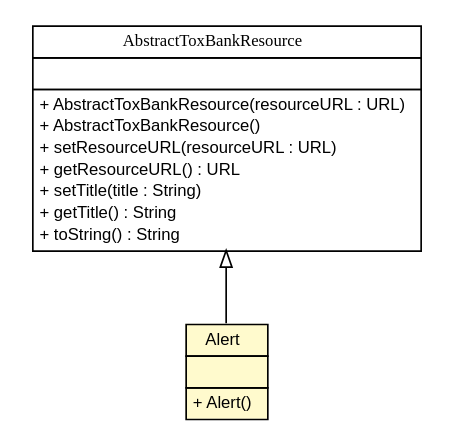
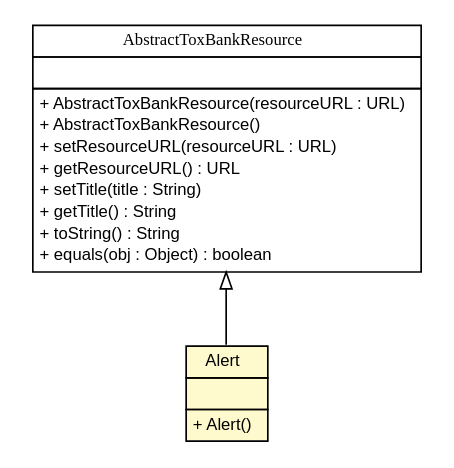
The diagram in apidocs/net/toxbank/client/resource/Alert.dot (ToxBank/toxbank-api-beans), drawn with Graphviz before and after one commit. The commit also changed 216 other files, not shown here.

```diff
--- a/apidocs/net/toxbank/client/resource/Alert.dot
+++ b/apidocs/net/toxbank/client/resource/Alert.dot
@@ -1,42 +1,43 @@
 #!/usr/local/bin/dot
 #
 # Class diagram 
 # Generated by UmlGraph version 4.6 (http://www.spinellis.gr/sw/umlgraph)
 #
 
 digraph G {
 	edge [fontname="arial",fontsize=10,labelfontname="arial",labelfontsize=10];
 	node [fontname="arial",fontsize=10,shape=plaintext];
 	// net.toxbank.client.resource.Alert
-	c934 [label=<<table border="0" cellborder="1" cellspacing="0" cellpadding="2" port="p" bgcolor="lemonChiffon" href="./Alert.html">
+	c1409 [label=<<table border="0" cellborder="1" cellspacing="0" cellpadding="2" port="p" bgcolor="lemonChiffon" href="./Alert.html">
 		<tr><td><table border="0" cellspacing="0" cellpadding="1">
 			<tr><td> Alert </td></tr>
 		</table></td></tr>
 		<tr><td><table border="0" cellspacing="0" cellpadding="1">
 			<tr><td align="left">  </td></tr>
 		</table></td></tr>
 		<tr><td><table border="0" cellspacing="0" cellpadding="1">
 			<tr><td align="left"> + Alert() </td></tr>
 		</table></td></tr>
 		</table>>, fontname="arial", fontcolor="black", fontsize=10.0];
 	// net.toxbank.client.resource.AbstractToxBankResource
-	c936 [label=<<table border="0" cellborder="1" cellspacing="0" cellpadding="2" port="p" href="./AbstractToxBankResource.html">
+	c1411 [label=<<table border="0" cellborder="1" cellspacing="0" cellpadding="2" port="p" href="./AbstractToxBankResource.html">
 		<tr><td><table border="0" cellspacing="0" cellpadding="1">
 			<tr><td><font face="ariali"> AbstractToxBankResource </font></td></tr>
 		</table></td></tr>
 		<tr><td><table border="0" cellspacing="0" cellpadding="1">
 			<tr><td align="left">  </td></tr>
 		</table></td></tr>
 		<tr><td><table border="0" cellspacing="0" cellpadding="1">
 			<tr><td align="left"> + AbstractToxBankResource(resourceURL : URL) </td></tr>
 			<tr><td align="left"> + AbstractToxBankResource() </td></tr>
 			<tr><td align="left"> + setResourceURL(resourceURL : URL) </td></tr>
 			<tr><td align="left"> + getResourceURL() : URL </td></tr>
 			<tr><td align="left"> + setTitle(title : String) </td></tr>
 			<tr><td align="left"> + getTitle() : String </td></tr>
 			<tr><td align="left"> + toString() : String </td></tr>
+			<tr><td align="left"> + equals(obj : Object) : boolean </td></tr>
 		</table></td></tr>
 		</table>>, fontname="arial", fontcolor="black", fontsize=10.0];
 	//net.toxbank.client.resource.Alert extends net.toxbank.client.resource.AbstractToxBankResource
-	c936:p -> c934:p [dir=back,arrowtail=empty];
+	c1411:p -> c1409:p [dir=back,arrowtail=empty];
 }
```
